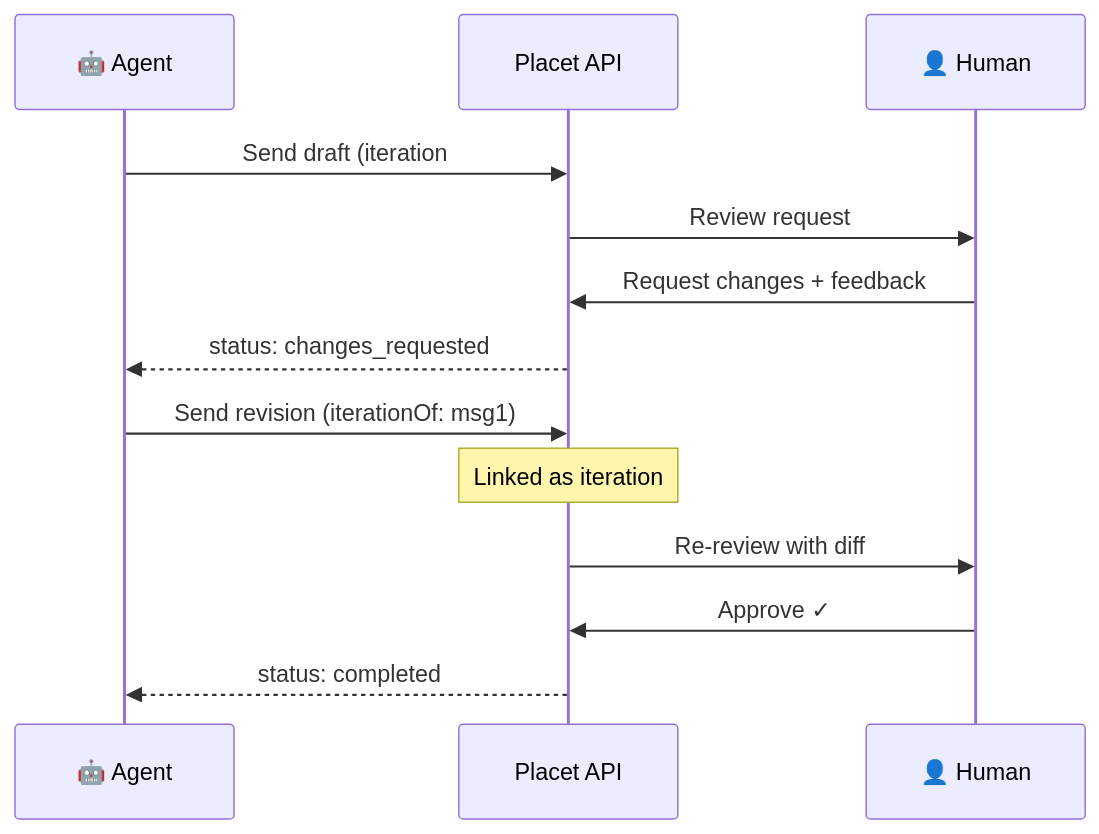
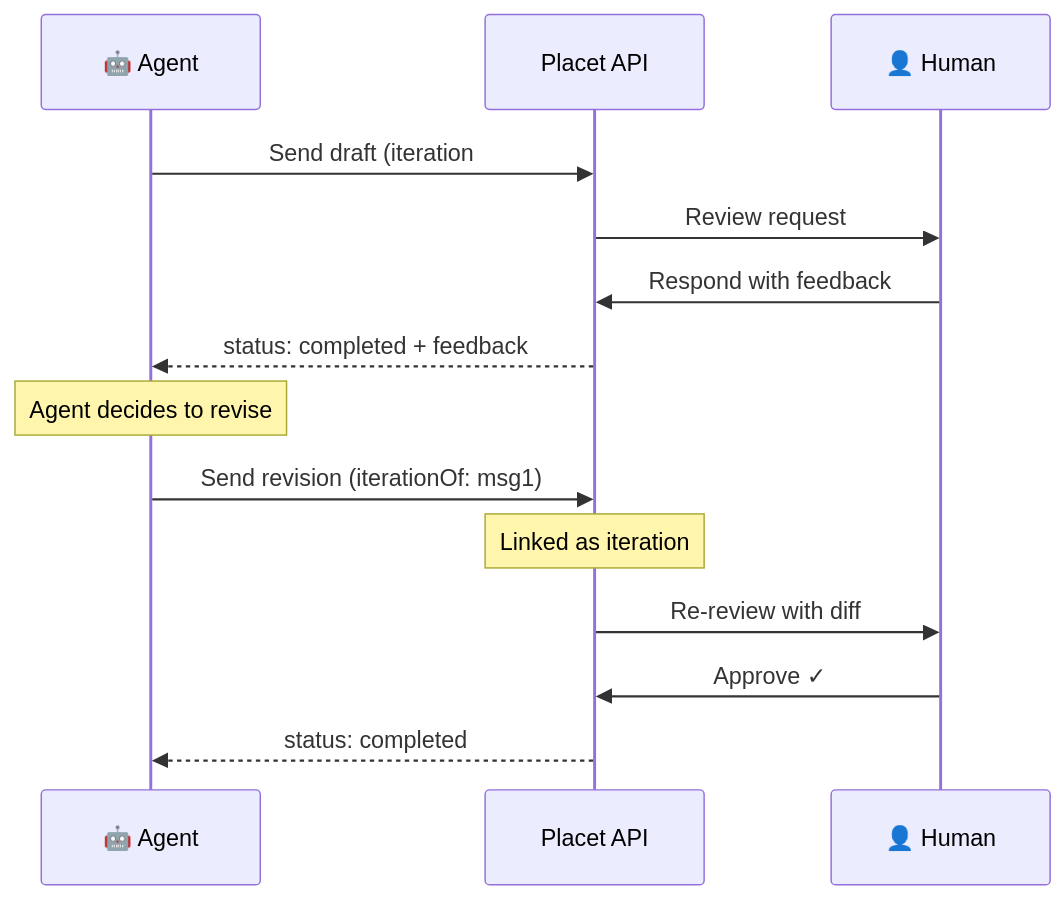
The first of 4 diagrams in docs/concepts/iterations.mdx (placet-io/placet), drawn with Mermaid before and after one commit. The commit also changed other lines of this file and 20 other files, not shown here.

Commit message:
refactor: remove 'changes_requested' status and update review response handling (#12)

````diff
--- a/docs/concepts/iterations.mdx
+++ b/docs/concepts/iterations.mdx
@@ -12,16 +12,17 @@
 ```mermaid
 sequenceDiagram
     participant Agent as 🤖 Agent
     participant API as Placet API
     participant Human as 👤 Human
 
     Agent->>API: Send draft (iteration #1)
     API->>Human: Review request
-    Human->>API: Request changes + feedback
-    API-->>Agent: status: changes_requested
+    Human->>API: Respond with feedback
+    API-->>Agent: status: completed + feedback
+    Note over Agent: Agent decides to revise
     Agent->>API: Send revision (iterationOf: msg1)
     Note over API: Linked as iteration #2
     API->>Human: Re-review with diff
     Human->>API: Approve ✓
     API-->>Agent: status: completed
 ```
````
